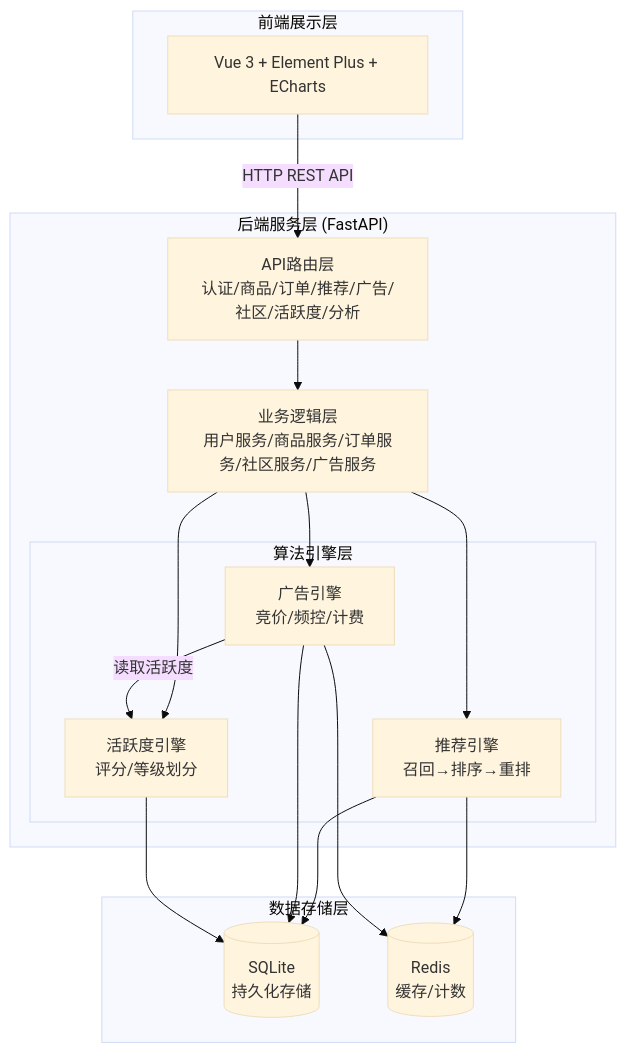
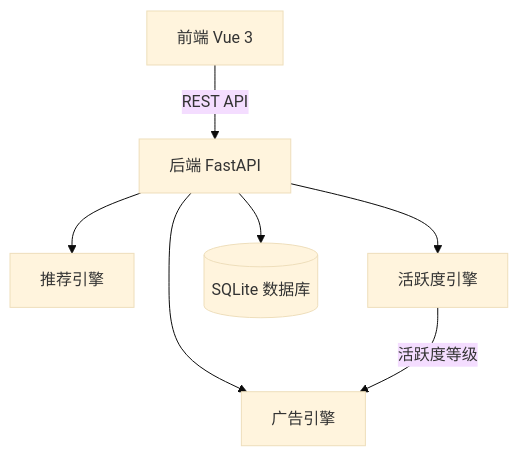
The first of 4 diagrams in docs/figures.md (kun041011/ecommerce-ad-recommendation-system), drawn with Mermaid (base theme) before and after one commit. The commit also changed other lines of this file and 2 other files, not shown here.

Commit message:
docs: simplify flowcharts to 4 clean diagrams (5-8 nodes each)

````diff
--- a/docs/figures.md
+++ b/docs/figures.md
@@ -16,33 +10,9 @@
 ```mermaid
 graph TB
-    subgraph 前端展示层
-        A[Vue 3 + Element Plus + ECharts]
-    end
-
-    subgraph 后端服务层["后端服务层 (FastAPI)"]
-        B[API路由层<br/>认证/商品/订单/推荐/广告/社区/活跃度/分析]
-        C[业务逻辑层<br/>用户服务/商品服务/订单服务/社区服务/广告服务]
-        subgraph 算法引擎层
-            D[推荐引擎<br/>召回→排序→重排]
-            E[广告引擎<br/>竞价/频控/计费]
-            F[活跃度引擎<br/>评分/等级划分]
-        end
-    end
-
-    subgraph 数据存储层
-        G[(SQLite<br/>持久化存储)]
-        H[(Redis<br/>缓存/计数)]
-    end
-
-    A -->|HTTP REST API| B
-    B --> C
-    C --> D
-    C --> E
-    C --> F
-    E -->|读取活跃度| F
-    D --> G
-    E --> G
-    F --> G
-    D --> H
-    E --> H
+    A[前端 Vue 3] -->|REST API| B[后端 FastAPI]
+    B --> C[推荐引擎]
+    B --> D[广告引擎]
+    B --> E[活跃度引擎]
+    E -->|活跃度等级| D
+    B --> F[(SQLite 数据库)]
 ```
````
